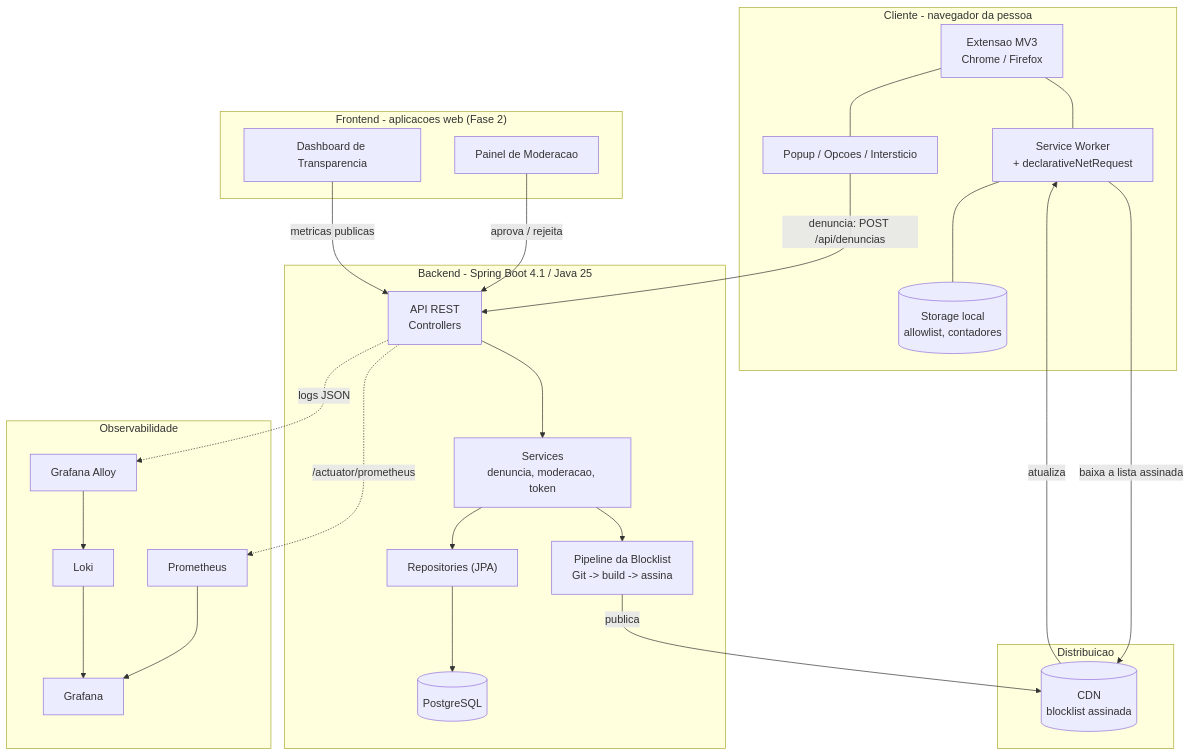
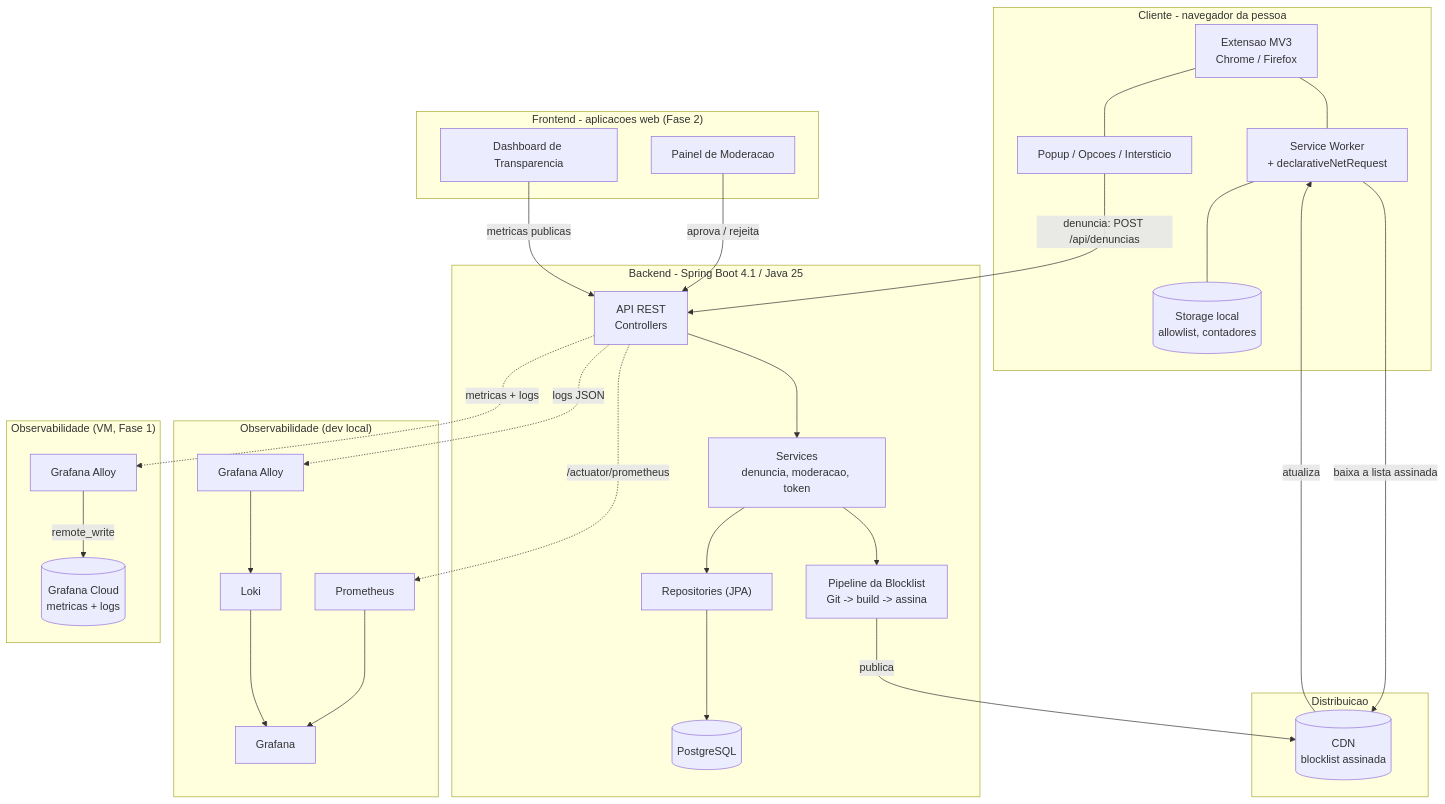
One commit to vitinh0z/chega-de-bet changed the first of 2 diagrams in docs/arquitetura.md. Above: the diagram before and after it, drawn with Mermaid. The commit also changed other lines of this file and 2 other files, not shown here.

Commit message:
docs: descreve as duas montagens da stack e a conexão com o Grafana Cloud

````diff
--- a/docs/arquitetura.md
+++ b/docs/arquitetura.md
@@ -13,52 +13,59 @@
 ```mermaid
 flowchart TB
     subgraph CLIENTE["Cliente - navegador da pessoa"]
         EXT["Extensao MV3<br/>Chrome / Firefox"]
         SW["Service Worker<br/>+ declarativeNetRequest"]
         UI["Popup / Opcoes / Intersticio"]
         LS[("Storage local<br/>allowlist, contadores")]
         EXT --- SW
         EXT --- UI
         SW --- LS
     end
 
     subgraph FRONTEND["Frontend - aplicacoes web (Fase 2)"]
         MOD["Painel de Moderacao"]
         DASH["Dashboard de Transparencia"]
     end
 
     subgraph BACKEND["Backend - Spring Boot 4.1 / Java 25"]
         API["API REST<br/>Controllers"]
         SVC["Services<br/>denuncia, moderacao, token"]
         REPO["Repositories (JPA)"]
         DB[("PostgreSQL")]
         PIPE["Pipeline da Blocklist<br/>Git -> build -> assina"]
         API --> SVC
         SVC --> REPO
         REPO --> DB
         SVC --> PIPE
     end
 
     subgraph DIST["Distribuicao"]
         CDN[("CDN<br/>blocklist assinada")]
     end
 
-    subgraph OBS["Observabilidade"]
+    subgraph OBS["Observabilidade (dev local)"]
         PROM["Prometheus"]
         ALLOY["Grafana Alloy"]
         LOKI["Loki"]
         GRAF["Grafana"]
         PROM --> GRAF
         ALLOY --> LOKI
         LOKI --> GRAF
+    end
+
+    subgraph OBSPROD["Observabilidade (VM, Fase 1)"]
+        ALLOYP["Grafana Alloy"]
+        CLOUD[("Grafana Cloud<br/>metricas + logs")]
+        ALLOYP -->|"remote_write"| CLOUD
     end
 
     SW -->|"baixa a lista assinada"| CDN
     UI -->|"denuncia: POST /api/denuncias"| API
     MOD -->|"aprova / rejeita"| API
     DASH -->|"metricas publicas"| API
     PIPE -->|"publica"| CDN
     CDN -->|"atualiza"| SW
     API -.->|"/actuator/prometheus"| PROM
     API -.->|"logs JSON"| ALLOY
+    API -.->|"metricas + logs"| ALLOYP
 ```
````
